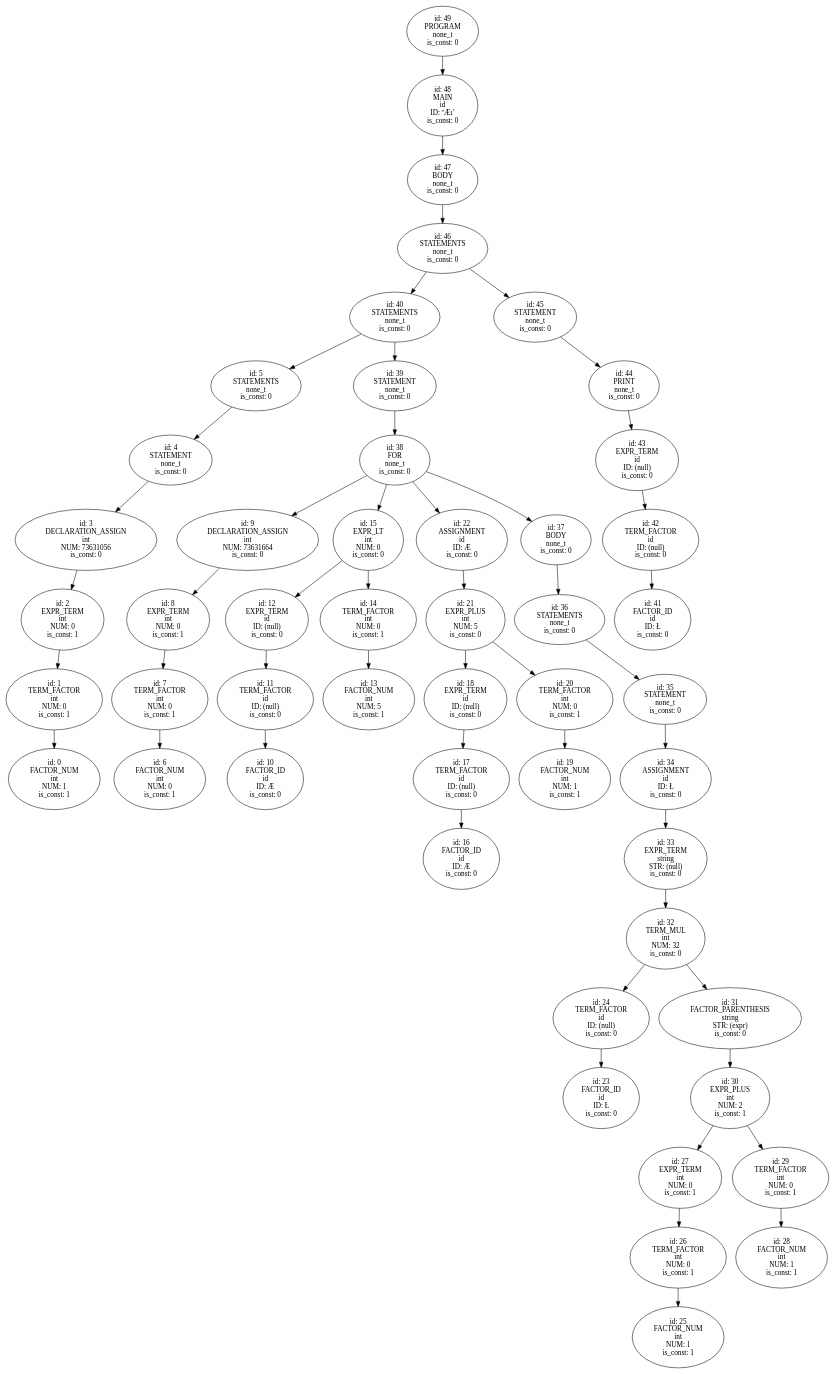
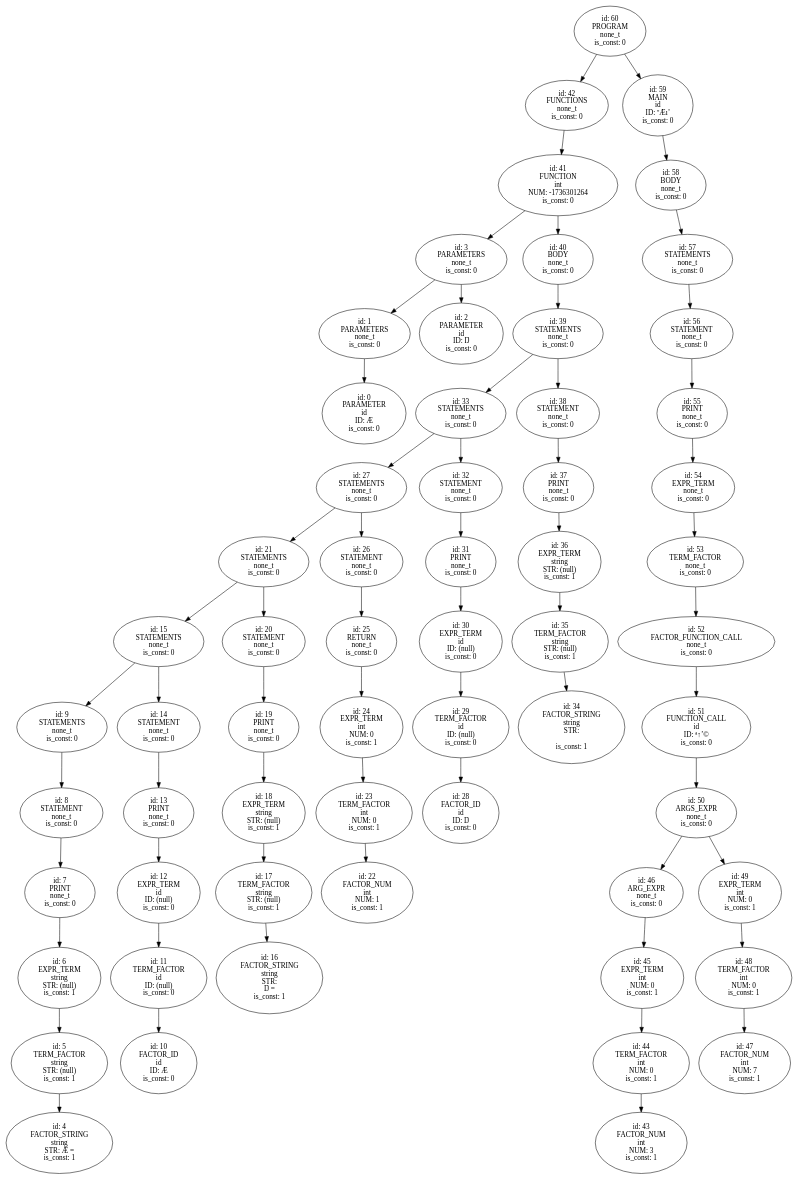
One commit to Finn-Artmann/Styx changed the diagram in study_project/ast.gv. Above: the diagram before and after it, drawn with Graphviz. The commit also changed 9 other files, not shown here.

```diff
--- a/study_project/ast.gv
+++ b/study_project/ast.gv
@@ -1,104 +1,115 @@
 digraph ast {
-n49 [label="id: 49
+n60 [label="id: 60
  PROGRAM
  none_t
  is_const: 0"];
-n49 -> n48;
-n48 [label="id: 48
- MAIN
+n60 -> n42;
+n42 [label="id: 42
+ FUNCTIONS
+ none_t
+ is_const: 0"];
+n42 -> n41;
+n41 [label="id: 41
+ FUNCTION
+ int
+ NUM: -1736301264
+ is_const: 0"];
+n41 -> n3;
+n3 [label="id: 3
+ PARAMETERS
+ none_t
+ is_const: 0"];
+n3 -> n1;
+n1 [label="id: 1
+ PARAMETERS
+ none_t
+ is_const: 0"];
+n1 -> n0;
+n0 [label="id: 0
+ PARAMETER
  id
- ID: ºÆı’
+ ID: Æ
  is_const: 0"];
-n48 -> n47;
-n47 [label="id: 47
+n3 -> n2;
+n2 [label="id: 2
+ PARAMETER
+ id
+ ID: Ŋ
+ is_const: 0"];
+n41 -> n40;
+n40 [label="id: 40
  BODY
  none_t
  is_const: 0"];
-n47 -> n46;
-n46 [label="id: 46
+n40 -> n39;
+n39 [label="id: 39
  STATEMENTS
  none_t
  is_const: 0"];
-n46 -> n40;
-n40 [label="id: 40
+n39 -> n33;
+n33 [label="id: 33
  STATEMENTS
  none_t
  is_const: 0"];
-n40 -> n5;
-n5 [label="id: 5
+n33 -> n27;
+n27 [label="id: 27
  STATEMENTS
  none_t
  is_const: 0"];
-n5 -> n4;
-n4 [label="id: 4
+n27 -> n21;
+n21 [label="id: 21
+ STATEMENTS
+ none_t
+ is_const: 0"];
+n21 -> n15;
+n15 [label="id: 15
+ STATEMENTS
+ none_t
+ is_const: 0"];
+n15 -> n9;
+n9 [label="id: 9
+ STATEMENTS
+ none_t
+ is_const: 0"];
+n9 -> n8;
+n8 [label="id: 8
  STATEMENT
  none_t
  is_const: 0"];
-n4 -> n3;
-n3 [label="id: 3
- DECLARATION_ASSIGN
- int
- NUM: 73631056
+n8 -> n7;
+n7 [label="id: 7
+ PRINT
+ none_t
  is_const: 0"];
-n3 -> n2;
-n2 [label="id: 2
+n7 -> n6;
+n6 [label="id: 6
  EXPR_TERM
- int
- NUM: 0
+ string
+ STR: (null)
  is_const: 1"];
-n2 -> n1;
-n1 [label="id: 1
+n6 -> n5;
+n5 [label="id: 5
  TERM_FACTOR
- int
- NUM: 0
+ string
+ STR: (null)
  is_const: 1"];
-n1 -> n0;
-n0 [label="id: 0
- FACTOR_NUM
- int
- NUM: 1
+n5 -> n4;
+n4 [label="id: 4
+ FACTOR_STRING
+ string
+ STR: Æ = 
  is_const: 1"];
-n40 -> n39;
-n39 [label="id: 39
+n15 -> n14;
+n14 [label="id: 14
  STATEMENT
  none_t
  is_const: 0"];
-n39 -> n38;
-n38 [label="id: 38
- FOR
+n14 -> n13;
+n13 [label="id: 13
+ PRINT
  none_t
  is_const: 0"];
-n38 -> n9;
-n9 [label="id: 9
- DECLARATION_ASSIGN
- int
- NUM: 73631664
- is_const: 0"];
-n9 -> n8;
-n8 [label="id: 8
- EXPR_TERM
- int
- NUM: 0
- is_const: 1"];
-n8 -> n7;
-n7 [label="id: 7
- TERM_FACTOR
- int
- NUM: 0
- is_const: 1"];
-n7 -> n6;
-n6 [label="id: 6
- FACTOR_NUM
- int
- NUM: 0
- is_const: 1"];
-n38 -> n15;
-n15 [label="id: 15
- EXPR_LT
- int
- NUM: 0
- is_const: 0"];
-n15 -> n12;
+n13 -> n12;
 n12 [label="id: 12
  EXPR_TERM
  id
@@ -116,173 +127,211 @@
  id
  ID: Æ
  is_const: 0"];
-n15 -> n14;
-n14 [label="id: 14
+n21 -> n20;
+n20 [label="id: 20
+ STATEMENT
+ none_t
+ is_const: 0"];
+n20 -> n19;
+n19 [label="id: 19
+ PRINT
+ none_t
+ is_const: 0"];
+n19 -> n18;
+n18 [label="id: 18
+ EXPR_TERM
+ string
+ STR: (null)
+ is_const: 1"];
+n18 -> n17;
+n17 [label="id: 17
+ TERM_FACTOR
+ string
+ STR: (null)
+ is_const: 1"];
+n17 -> n16;
+n16 [label="id: 16
+ FACTOR_STRING
+ string
+ STR: 
+Ŋ = 
+ is_const: 1"];
+n27 -> n26;
+n26 [label="id: 26
+ STATEMENT
+ none_t
+ is_const: 0"];
+n26 -> n25;
+n25 [label="id: 25
+ RETURN
+ none_t
+ is_const: 0"];
+n25 -> n24;
+n24 [label="id: 24
+ EXPR_TERM
+ int
+ NUM: 0
+ is_const: 1"];
+n24 -> n23;
+n23 [label="id: 23
  TERM_FACTOR
  int
  NUM: 0
  is_const: 1"];
-n14 -> n13;
-n13 [label="id: 13
+n23 -> n22;
+n22 [label="id: 22
  FACTOR_NUM
  int
- NUM: 5
+ NUM: 1
  is_const: 1"];
-n38 -> n22;
-n22 [label="id: 22
- ASSIGNMENT
- id
- ID: Æ
+n33 -> n32;
+n32 [label="id: 32
+ STATEMENT
+ none_t
  is_const: 0"];
-n22 -> n21;
-n21 [label="id: 21
- EXPR_PLUS
- int
- NUM: 5
+n32 -> n31;
+n31 [label="id: 31
+ PRINT
+ none_t
  is_const: 0"];
-n21 -> n18;
-n18 [label="id: 18
+n31 -> n30;
+n30 [label="id: 30
  EXPR_TERM
  id
  ID: (null)
  is_const: 0"];
-n18 -> n17;
-n17 [label="id: 17
+n30 -> n29;
+n29 [label="id: 29
  TERM_FACTOR
  id
  ID: (null)
  is_const: 0"];
-n17 -> n16;
-n16 [label="id: 16
+n29 -> n28;
+n28 [label="id: 28
  FACTOR_ID
  id
- ID: Æ
+ ID: Ŋ
  is_const: 0"];
-n21 -> n20;
-n20 [label="id: 20
+n39 -> n38;
+n38 [label="id: 38
+ STATEMENT
+ none_t
+ is_const: 0"];
+n38 -> n37;
+n37 [label="id: 37
+ PRINT
+ none_t
+ is_const: 0"];
+n37 -> n36;
+n36 [label="id: 36
+ EXPR_TERM
+ string
+ STR: (null)
+ is_const: 1"];
+n36 -> n35;
+n35 [label="id: 35
+ TERM_FACTOR
+ string
+ STR: (null)
+ is_const: 1"];
+n35 -> n34;
+n34 [label="id: 34
+ FACTOR_STRING
+ string
+ STR: 
+
+ is_const: 1"];
+n60 -> n59;
+n59 [label="id: 59
+ MAIN
+ id
+ ID: ºÆı’
+ is_const: 0"];
+n59 -> n58;
+n58 [label="id: 58
+ BODY
+ none_t
+ is_const: 0"];
+n58 -> n57;
+n57 [label="id: 57
+ STATEMENTS
+ none_t
+ is_const: 0"];
+n57 -> n56;
+n56 [label="id: 56
+ STATEMENT
+ none_t
+ is_const: 0"];
+n56 -> n55;
+n55 [label="id: 55
+ PRINT
+ none_t
+ is_const: 0"];
+n55 -> n54;
+n54 [label="id: 54
+ EXPR_TERM
+ none_t
+ is_const: 0"];
+n54 -> n53;
+n53 [label="id: 53
+ TERM_FACTOR
+ none_t
+ is_const: 0"];
+n53 -> n52;
+n52 [label="id: 52
+ FACTOR_FUNCTION_CALL
+ none_t
+ is_const: 0"];
+n52 -> n51;
+n51 [label="id: 51
+ FUNCTION_CALL
+ id
+ ID: ª↑’©
+ is_const: 0"];
+n51 -> n50;
+n50 [label="id: 50
+ ARGS_EXPR
+ none_t
+ is_const: 0"];
+n50 -> n46;
+n46 [label="id: 46
+ ARG_EXPR
+ none_t
+ is_const: 0"];
+n46 -> n45;
+n45 [label="id: 45
+ EXPR_TERM
+ int
+ NUM: 0
+ is_const: 1"];
+n45 -> n44;
+n44 [label="id: 44
  TERM_FACTOR
  int
  NUM: 0
  is_const: 1"];
-n20 -> n19;
-n19 [label="id: 19
+n44 -> n43;
+n43 [label="id: 43
  FACTOR_NUM
  int
- NUM: 1
+ NUM: 3
  is_const: 1"];
-n38 -> n37;
-n37 [label="id: 37
- BODY
- none_t
- is_const: 0"];
-n37 -> n36;
-n36 [label="id: 36
- STATEMENTS
- none_t
- is_const: 0"];
-n36 -> n35;
-n35 [label="id: 35
- STATEMENT
- none_t
- is_const: 0"];
-n35 -> n34;
-n34 [label="id: 34
- ASSIGNMENT
- id
- ID: Ł
- is_const: 0"];
-n34 -> n33;
-n33 [label="id: 33
- EXPR_TERM
- string
- STR: (null)
- is_const: 0"];
-n33 -> n32;
-n32 [label="id: 32
- TERM_MUL
- int
- NUM: 32
- is_const: 0"];
-n32 -> n24;
-n24 [label="id: 24
- TERM_FACTOR
- id
- ID: (null)
- is_const: 0"];
-n24 -> n23;
-n23 [label="id: 23
- FACTOR_ID
- id
- ID: Ł
- is_const: 0"];
-n32 -> n31;
-n31 [label="id: 31
- FACTOR_PARENTHESIS
- string
- STR: (expr)
- is_const: 0"];
-n31 -> n30;
-n30 [label="id: 30
- EXPR_PLUS
- int
- NUM: 2
- is_const: 1"];
-n30 -> n27;
-n27 [label="id: 27
+n50 -> n49;
+n49 [label="id: 49
  EXPR_TERM
  int
  NUM: 0
  is_const: 1"];
-n27 -> n26;
-n26 [label="id: 26
+n49 -> n48;
+n48 [label="id: 48
  TERM_FACTOR
  int
  NUM: 0
  is_const: 1"];
-n26 -> n25;
-n25 [label="id: 25
+n48 -> n47;
+n47 [label="id: 47
  FACTOR_NUM
  int
- NUM: 1
+ NUM: 7
  is_const: 1"];
-n30 -> n29;
-n29 [label="id: 29
- TERM_FACTOR
- int
- NUM: 0
- is_const: 1"];
-n29 -> n28;
-n28 [label="id: 28
- FACTOR_NUM
- int
- NUM: 1
- is_const: 1"];
-n46 -> n45;
-n45 [label="id: 45
- STATEMENT
- none_t
- is_const: 0"];
-n45 -> n44;
-n44 [label="id: 44
- PRINT
- none_t
- is_const: 0"];
-n44 -> n43;
-n43 [label="id: 43
- EXPR_TERM
- id
- ID: (null)
- is_const: 0"];
-n43 -> n42;
-n42 [label="id: 42
- TERM_FACTOR
- id
- ID: (null)
- is_const: 0"];
-n42 -> n41;
-n41 [label="id: 41
- FACTOR_ID
- id
- ID: Ł
- is_const: 0"];
 }
```
